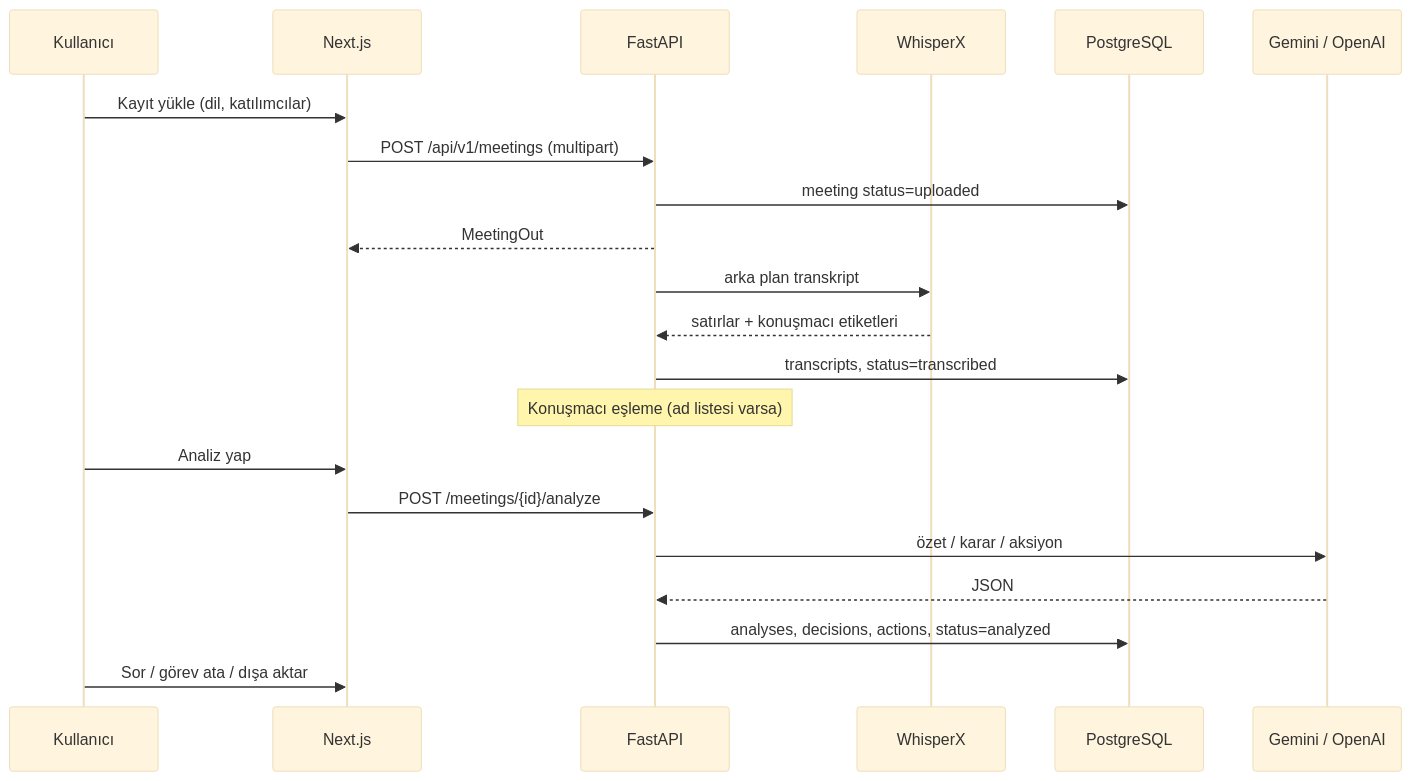
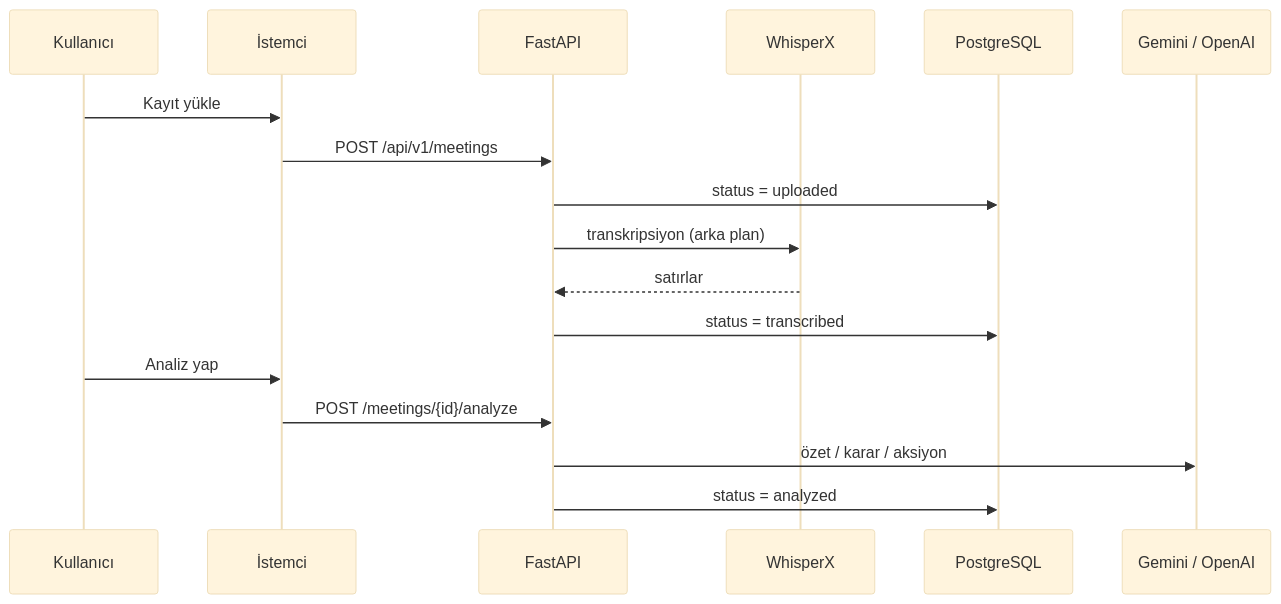
Before and after one commit to Aypars/ai-scribe: the second of 3 diagrams in README.md, drawn with Mermaid (base theme). The commit also changed other lines of this file and 9 other files, not shown here.

````diff
--- a/README.md
+++ b/README.md
@@ -74,24 +63,20 @@
 ```mermaid
 sequenceDiagram
   participant U as Kullanıcı
-  participant FE as Next.js
+  participant FE as İstemci
   participant API as FastAPI
   participant WX as WhisperX
   participant DB as PostgreSQL
   participant LLM as Gemini / OpenAI
 
-  U->>FE: Kayıt yükle (dil, katılımcılar)
-  FE->>API: POST /api/v1/meetings (multipart)
-  API->>DB: meeting status=uploaded
-  API-->>FE: MeetingOut
-  API->>WX: arka plan transkript
-  WX-->>API: satırlar + konuşmacı etiketleri
-  API->>DB: transcripts, status=transcribed
-  Note over API: Konuşmacı eşleme (ad listesi varsa)
+  U->>FE: Kayıt yükle
+  FE->>API: POST /api/v1/meetings
+  API->>DB: status = uploaded
+  API->>WX: transkripsiyon (arka plan)
+  WX-->>API: satırlar
+  API->>DB: status = transcribed
   U->>FE: Analiz yap
   FE->>API: POST /meetings/{id}/analyze
   API->>LLM: özet / karar / aksiyon
-  LLM-->>API: JSON
-  API->>DB: analyses, decisions, actions, status=analyzed
-  U->>FE: Sor / görev ata / dışa aktar
+  API->>DB: status = analyzed
 ```
````
